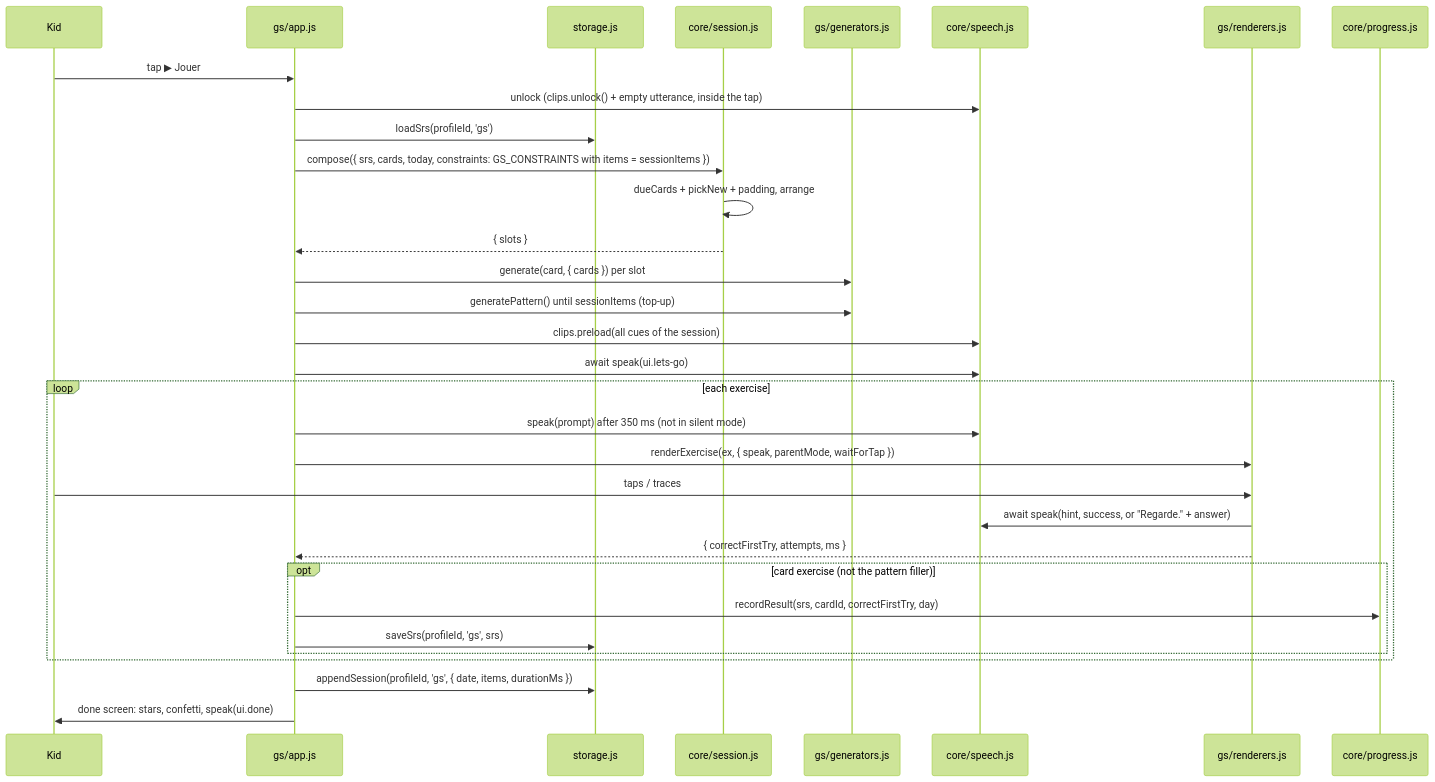
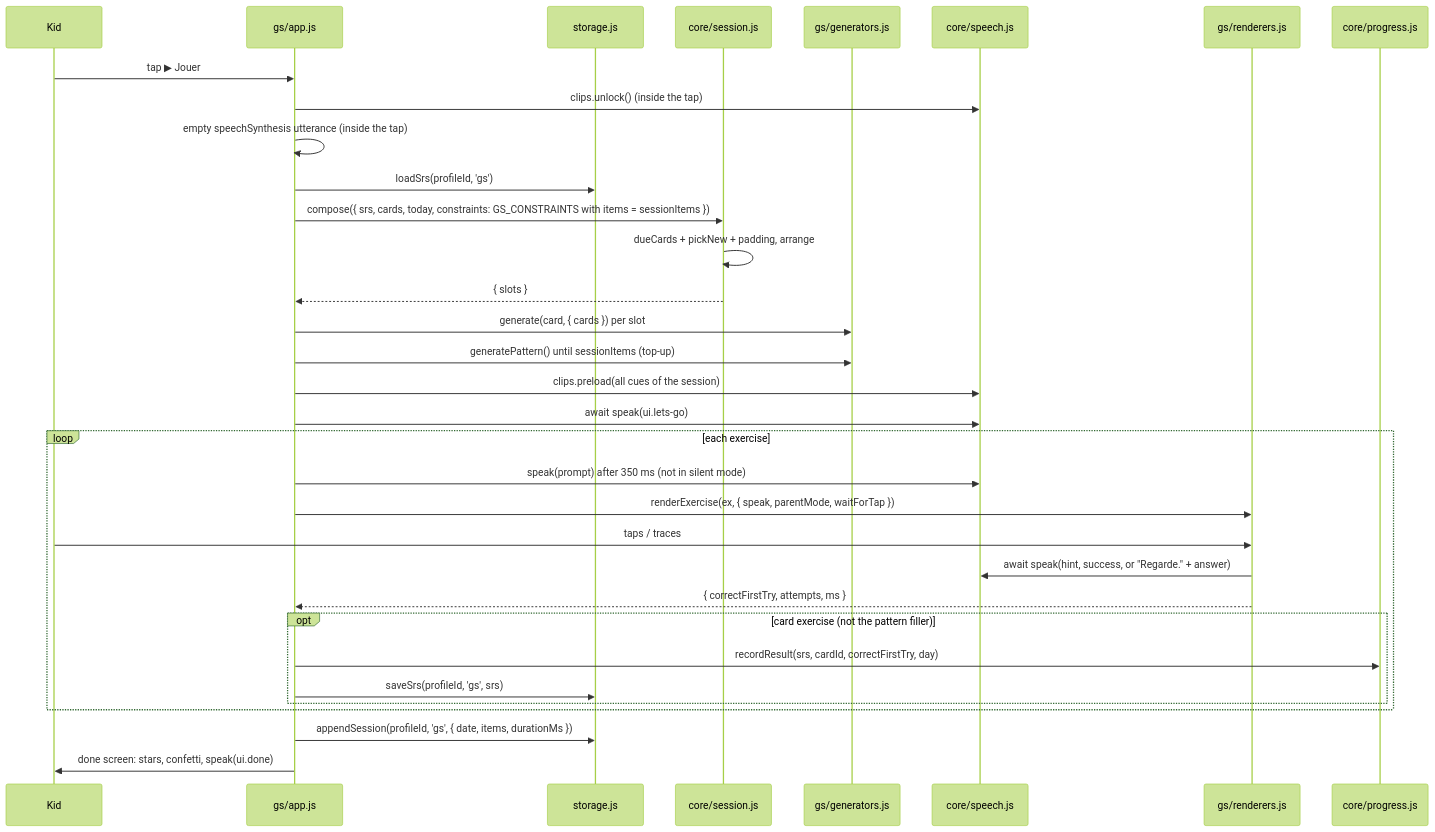
One commit to plsgard/school changed the fourth of 5 diagrams in ARCHITECTURE.md. Above: the diagram before and after it, drawn with Mermaid (forest theme). The commit also changed other lines of this file and 3 other files, not shown here.

Commit message:
docs: correct deck authoring rules, audio and diagram details

````diff
--- a/ARCHITECTURE.md
+++ b/ARCHITECTURE.md
@@ -246,35 +247,36 @@
 ```mermaid
 sequenceDiagram
   participant Kid
   participant App as gs/app.js
   participant Store as storage.js
   participant Comp as core/session.js
   participant Gen as gs/generators.js
   participant Speech as core/speech.js
   participant Rnd as gs/renderers.js
   participant Prog as core/progress.js
 
   Kid->>App: tap ▶ Jouer
-  App->>Speech: unlock (clips.unlock() + empty utterance, inside the tap)
+  App->>Speech: clips.unlock() (inside the tap)
+  App->>App: empty speechSynthesis utterance (inside the tap)
   App->>Store: loadSrs(profileId, 'gs')
   App->>Comp: compose({ srs, cards, today, constraints: GS_CONSTRAINTS with items = sessionItems })
   Comp->>Comp: dueCards + pickNew + padding, arrange
   Comp-->>App: { slots }
   App->>Gen: generate(card, { cards }) per slot
   App->>Gen: generatePattern() until sessionItems (top-up)
   App->>Speech: clips.preload(all cues of the session)
   App->>Speech: await speak(ui.lets-go)
   loop each exercise
     App->>Speech: speak(prompt) after 350 ms (not in silent mode)
     App->>Rnd: renderExercise(ex, { speak, parentMode, waitForTap })
     Kid->>Rnd: taps / traces
     Rnd->>Speech: await speak(hint, success, or "Regarde." + answer)
     Rnd-->>App: { correctFirstTry, attempts, ms }
     opt card exercise (not the pattern filler)
       App->>Prog: recordResult(srs, cardId, correctFirstTry, day)
       App->>Store: saveSrs(profileId, 'gs', srs)
     end
   end
   App->>Store: appendSession(profileId, 'gs', { date, items, durationMs })
   App->>Kid: done screen: stars, confetti, speak(ui.done)
 ```
````
